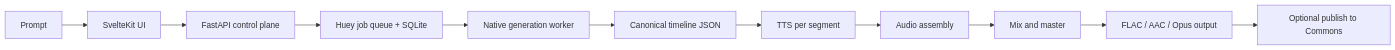
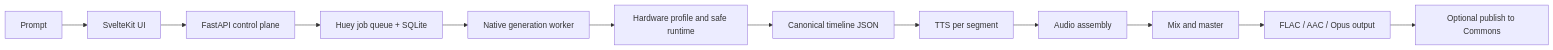
The diagram in docs/architecture.md (Jomak-x/Whoopy), drawn with Mermaid before and after one commit. The commit also changed other lines of this file and 26 other files, not shown here.

````diff
--- a/docs/architecture.md
+++ b/docs/architecture.md
@@ -21,13 +21,14 @@
 ```mermaid
 flowchart LR
   A[Prompt] --> B[SvelteKit UI]
   B --> C[FastAPI control plane]
   C --> D[Huey job queue + SQLite]
   D --> E[Native generation worker]
-  E --> F[Canonical timeline JSON]
+  E --> P[Hardware profile and safe runtime]
+  P --> F[Canonical timeline JSON]
   F --> G[TTS per segment]
   G --> H[Audio assembly]
   H --> I[Mix and master]
   I --> J[FLAC / AAC / Opus output]
   J --> K[Optional publish to Commons]
 ```
````
